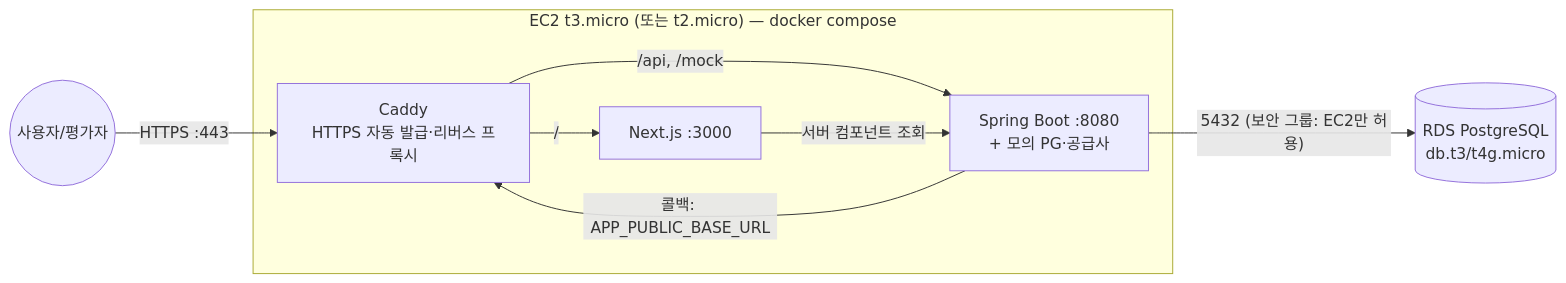
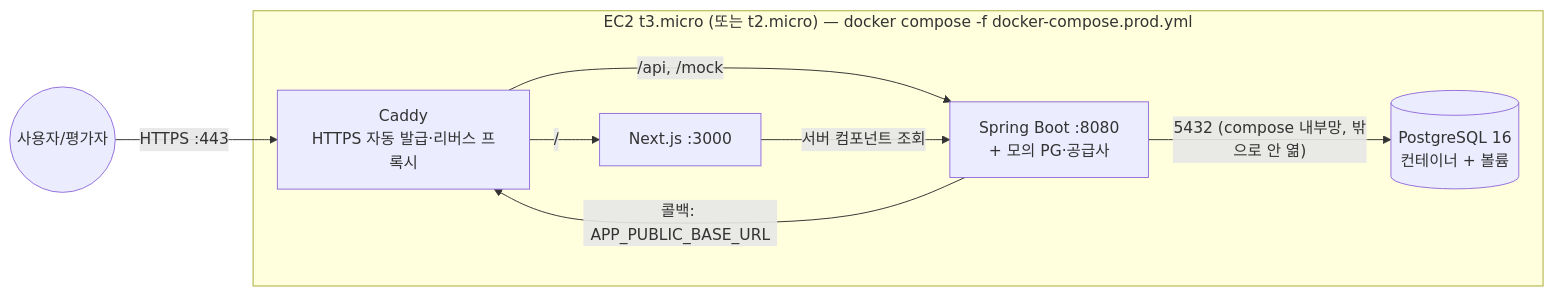
One commit to YeBook99/roam_pass changed the diagram in docs/10_배포_계획.md. Above: the diagram before and after it, drawn with Mermaid. The commit also changed other lines of this file and 10 other files, not shown here.

First line of the commit message:
chore(infra): 운영 compose(DB 컨테이너 포함)·Caddy 설정, RDS 대신 EC2 한 대로

````diff
--- a/docs/10_배포_계획.md
+++ b/docs/10_배포_계획.md
@@ -9,14 +9,15 @@
 ```mermaid
 flowchart LR
     User((사용자/평가자)) -- "HTTPS :443" --> Caddy
-    subgraph EC2["EC2 t3.micro (또는 t2.micro) — docker compose"]
+    subgraph EC2["EC2 t3.micro (또는 t2.micro) — docker compose -f docker-compose.prod.yml"]
         Caddy[Caddy<br/>HTTPS 자동 발급·리버스 프록시]
         FE[Next.js :3000]
         BE[Spring Boot :8080<br/>+ 모의 PG·공급사]
+        DB[(PostgreSQL 16<br/>컨테이너 + 볼륨)]
         Caddy -- "/" --> FE
         Caddy -- "/api, /mock" --> BE
         FE -- "서버 컴포넌트 조회" --> BE
         BE -- "콜백: APP_PUBLIC_BASE_URL" --> Caddy
+        BE -- "5432 (compose 내부망, 밖으로 안 엶)" --> DB
     end
-    BE -- "5432 (보안 그룹: EC2만 허용)" --> RDS[(RDS PostgreSQL<br/>db.t3/t4g.micro)]
 ```
````
